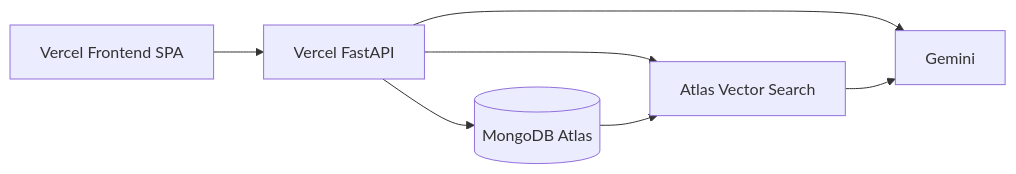
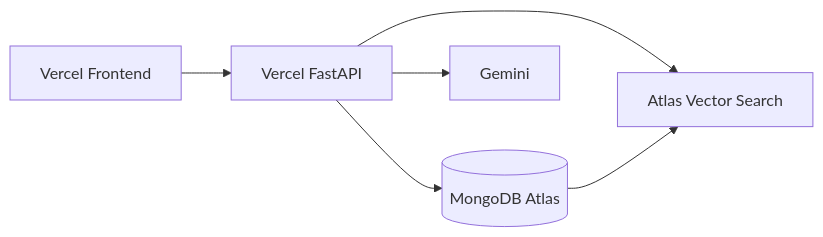
One commit to Chathuni-Nimesha/SupportFlow-AI changed the second of 2 diagrams in README.md. Above: the diagram before and after it, drawn with Mermaid. The commit also changed other lines of this file, not shown here.

````diff
--- a/README.md
+++ b/README.md
@@ -109,9 +84,8 @@
 ```mermaid
 flowchart LR
-  FE["Vercel Frontend SPA"] --> API["Vercel FastAPI"]
+  FE["Vercel Frontend"] --> API["Vercel FastAPI"]
   API --> Atlas[(MongoDB Atlas)]
   API --> VS["Atlas Vector Search"]
   Atlas --> VS
   API --> Gemini["Gemini"]
-  VS --> Gemini
 ```
````
